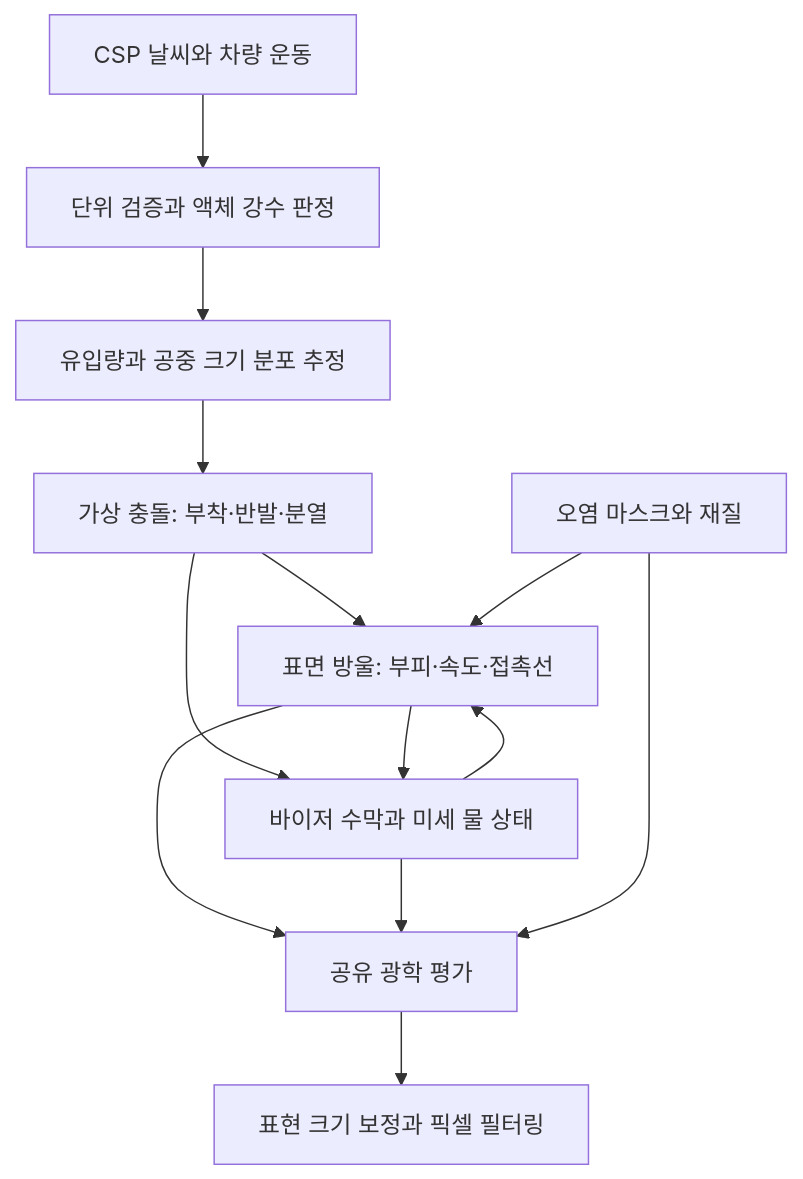
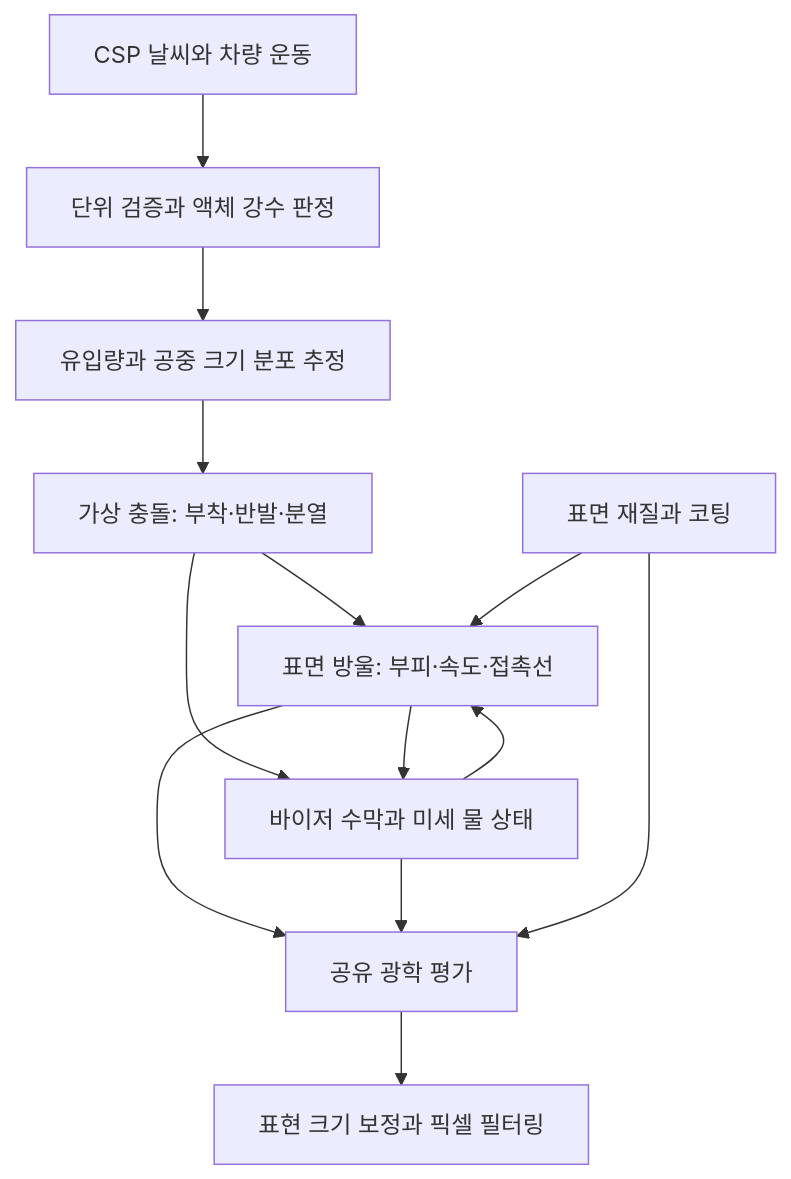
One commit to GH-saltyH/saltyH_RealVisorRender changed the diagram in docs/RAINFX_S73_PHYSICS_WEATHER_REFACTOR_DESIGN.md. Above: the diagram before and after it, drawn with Mermaid. The commit also changed other lines of this file and 32 other files, not shown here.

````diff
--- a/docs/RAINFX_S73_PHYSICS_WEATHER_REFACTOR_DESIGN.md
+++ b/docs/RAINFX_S73_PHYSICS_WEATHER_REFACTOR_DESIGN.md
@@ -19,15 +21,15 @@
 ```mermaid
 flowchart TD
   A[CSP 날씨와 차량 운동] --> B[단위 검증과 액체 강수 판정]
   B --> C[유입량과 공중 크기 분포 추정]
   C --> D[가상 충돌: 부착·반발·분열]
   D --> E[표면 방울: 부피·속도·접촉선]
   D --> F[바이저 수막과 미세 물 상태]
   E --> F
   F --> E
   E --> G[공유 광학 평가]
   F --> G
-  H[오염 마스크와 재질] --> E
+  H[표면 재질과 코팅] --> E
   H --> G
   G --> I[표현 크기 보정과 픽셀 필터링]
 ```
````
